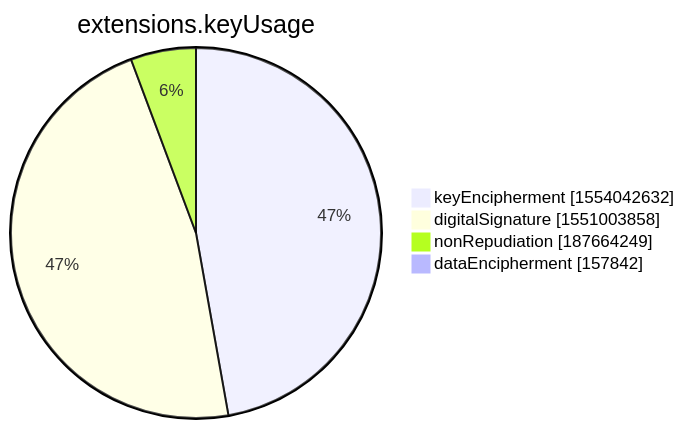
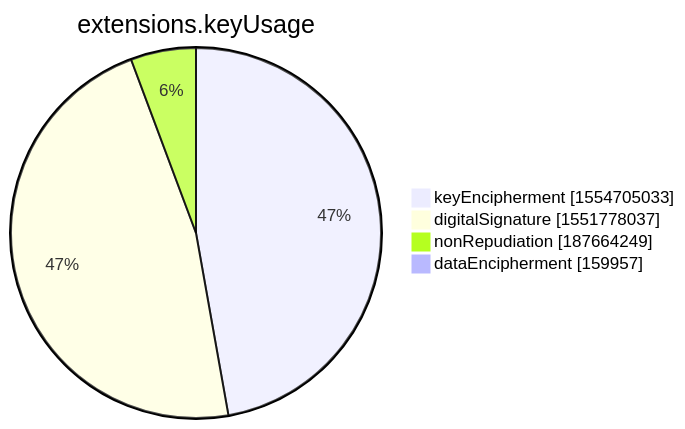
The seventh of 15 diagrams in xenon2022/README.md (christiankrug/ctmonitor_visualization), drawn with Mermaid before and after one commit. The commit also changed other lines of this file, not shown here.

````diff
--- a/xenon2022/README.md
+++ b/xenon2022/README.md
@@ -2852,8 +2852,8 @@
 ```mermaid
 pie showData
 title extensions.keyUsage
-"keyEncipherment" :1554042632
-"digitalSignature" :1551003858
+"keyEncipherment" :1554705033
+"digitalSignature" :1551778037
 "nonRepudiation" :187664249
-"dataEncipherment" :157842
+"dataEncipherment" :159957
 ```
````
